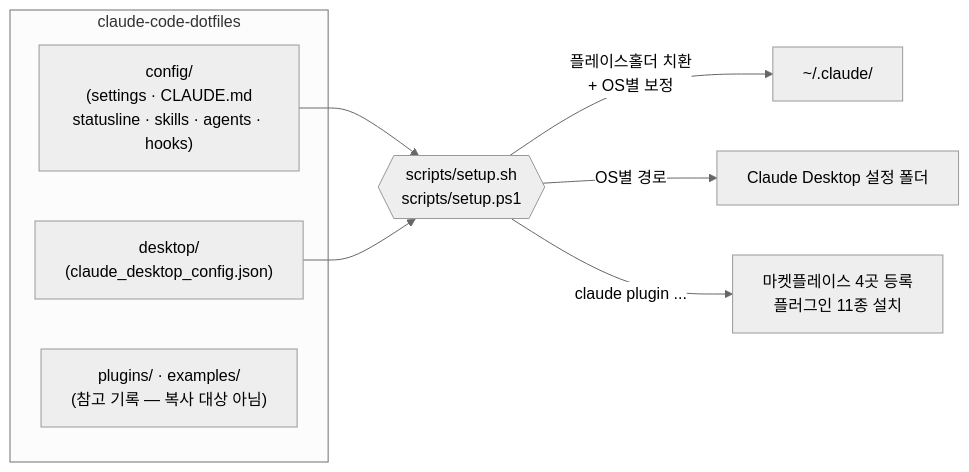
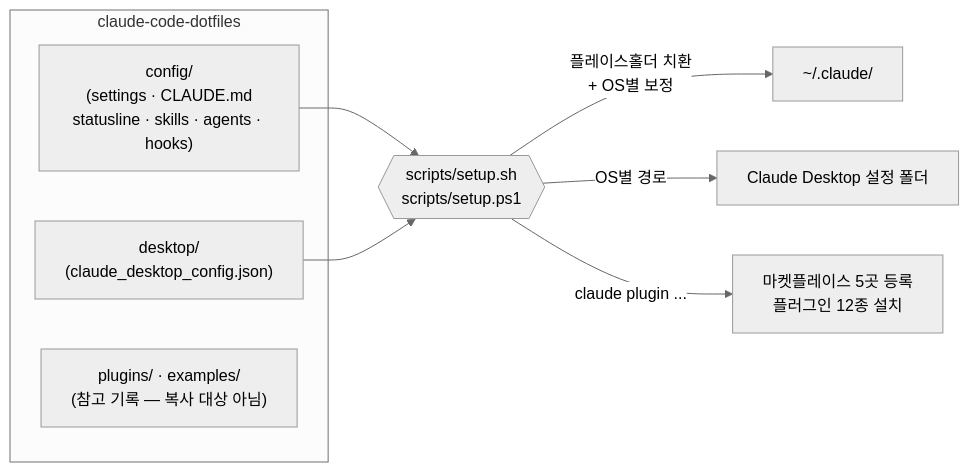
The diagram in README.md (jelitz/claude-code-dotfiles), drawn with Mermaid (neutral theme) before and after one commit. The commit also changed other lines of this file and 5 other files, not shown here.

First line of the commit message:
setup 마켓플레이스 등록 명령 수정 및 리뷰 반영

````diff
--- a/README.md
+++ b/README.md
@@ -24,14 +24,14 @@
 ```mermaid
 flowchart LR
     subgraph repo["claude-code-dotfiles"]
         CFG["config/<br/>(settings · CLAUDE.md<br/>statusline · skills · agents · hooks)"]
         DSK["desktop/<br/>(claude_desktop_config.json)"]
         REF["plugins/ · examples/<br/>(참고 기록 — 복사 대상 아님)"]
     end
     SETUP{{"scripts/setup.sh<br/>scripts/setup.ps1"}}
     CFG --> SETUP
     DSK --> SETUP
     SETUP -->|"플레이스홀더 치환<br/>+ OS별 보정"| HOME["~/.claude/"]
     SETUP -->|"OS별 경로"| DESKTOP["Claude Desktop 설정 폴더"]
-    SETUP -->|"claude plugin ..."| PLG["마켓플레이스 4곳 등록<br/>플러그인 11종 설치"]
+    SETUP -->|"claude plugin ..."| PLG["마켓플레이스 5곳 등록<br/>플러그인 12종 설치"]
 ```
````
